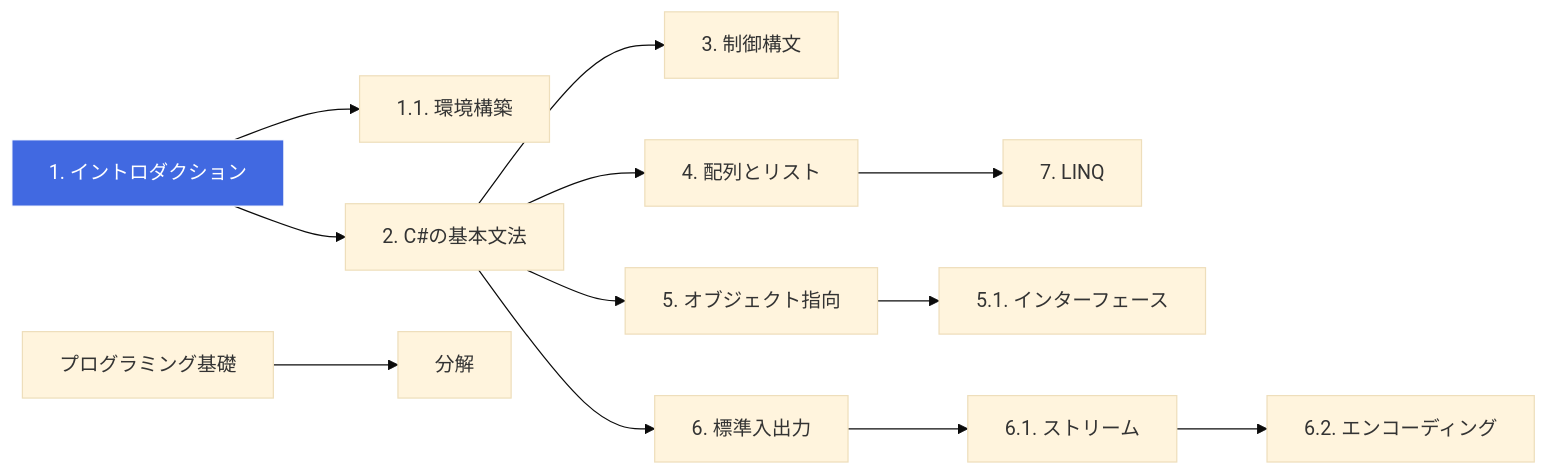
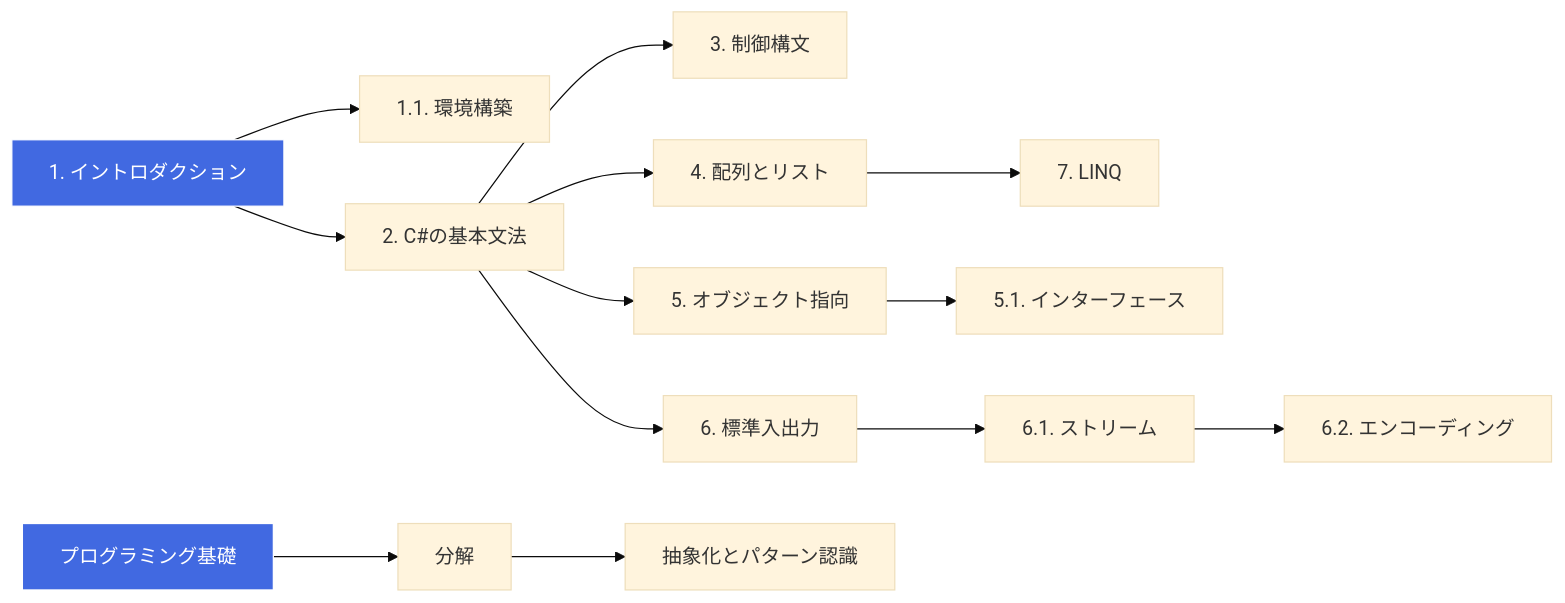
Before and after one commit to nenaaki/csharp_zoro_to_hero: the diagram in README.md, drawn with Mermaid (base theme). The commit also changed other lines of this file and 1 other file, not shown here.

Commit message:
抽象化とパターン認識

````diff
--- a/README.md
+++ b/README.md
@@ -16,15 +16,17 @@
 ```mermaid
 flowchart LR
   S1[1. イントロダクション] --> S11[1.1. 環境構築]
   S1 --> S2[2. C#の基本文法]
   S2 --> S3[3. 制御構文]
   S2 --> S4[4. 配列とリスト]
   S4 --> S7[7. LINQ]
   S2 --> S5[5. オブジェクト指向]
   S5 --> S51[5.1. インターフェース]
   S2 --> S6[6. 標準入出力]
   S6 --> S61[6.1. ストリーム]
   S61 --> S62[6.2. エンコーディング]
   P0[プログラミング基礎] --> P1[分解]
+  P1 --> P2[抽象化とパターン認識]
   style S1 fill:#4169e1,stroke:#fff,color:#fff
+  style P0 fill:#4169e1,stroke:#fff,color:#fff
 ```
````
